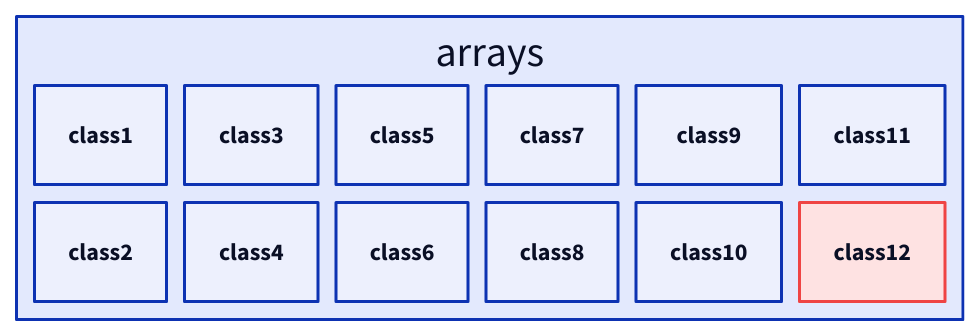
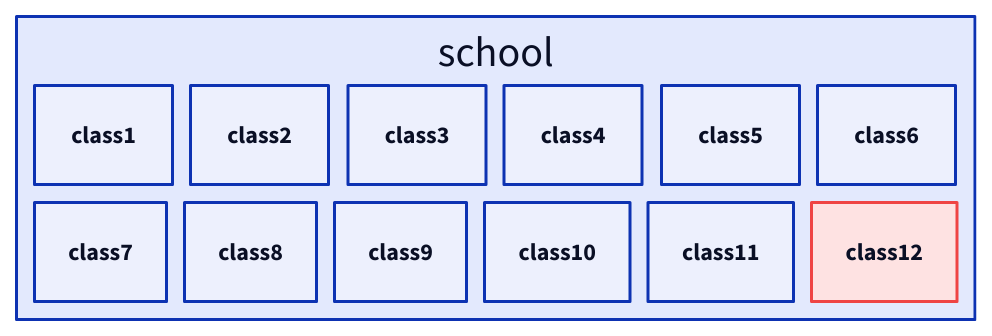
Before and after one commit to ani2fun/codefolio: the second of 50 diagrams in content/cortex/data-structures-and-algorithms/01-data-structures/01-arrays/02-multidimensional.md, drawn with D2. The commit also changed other lines of this file and 352 other files, not shown here.

First line of the commit message:
Architectural deepening: pipelines, content, icons, AsyncResult

````diff
--- a/content/cortex/data-structures-and-algorithms/01-data-structures/01-arrays/02-multidimensional.md
+++ b/content/cortex/data-structures-and-algorithms/01-data-structures/01-arrays/02-multidimensional.md
@@ -65,20 +63,20 @@
 ```d2
-arrays: {
-  grid-columns: 6
+school: {
+  grid-rows: 2
   grid-gap: 12
   c1: class1
   c2: class2
   c3: class3
   c4: class4
   c5: class5
   c6: class6
   c7: class7
   c8: class8
   c9: class9
   c10: class10
   c11: class11
   c12: class12
 }
-arrays.c12.style.fill: "#fee2e2"
-arrays.c12.style.stroke: "#ef4444"
+school.c12.style.fill: "#fee2e2"
+school.c12.style.stroke: "#ef4444"
 ```
````
